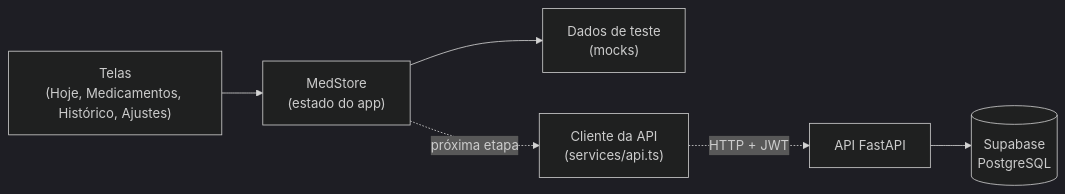
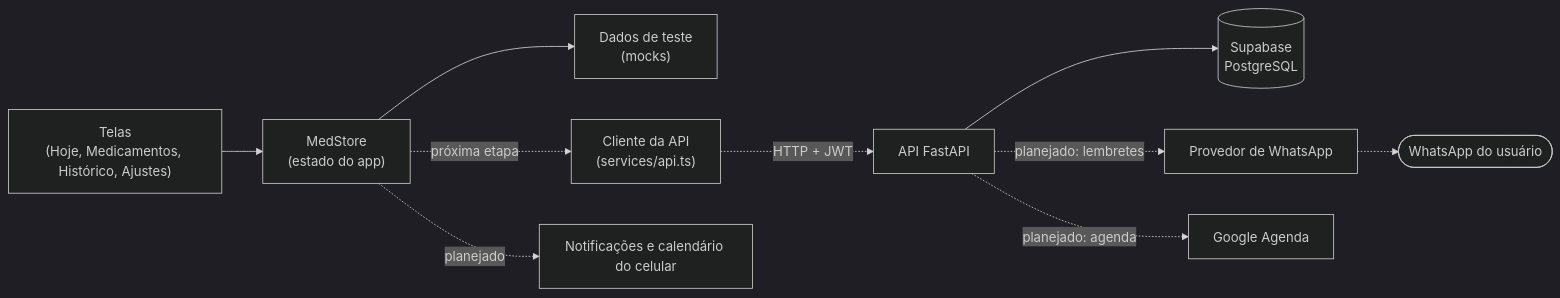
One commit to amandaadb/Projeto-Saude-em-dia- changed the first of 10 diagrams in docs/diagramas.md. Above: the diagram before and after it, drawn with Mermaid (dark theme). The commit also changed other lines of this file, not shown here.

Commit message:
docs(diagrams): adiciona diagramas de arquitetura, fluxos e ERD do MedControl

````diff
--- a/docs/diagramas.md
+++ b/docs/diagramas.md
@@ -11,8 +11,12 @@
 ```mermaid
 flowchart LR
     T["Telas<br/>(Hoje, Medicamentos, Histórico, Ajustes)"] --> S["MedStore<br/>(estado do app)"]
     S --> M["Dados de teste<br/>(mocks)"]
     S -.->|"próxima etapa"| C["Cliente da API<br/>(services/api.ts)"]
     C -.->|"HTTP + JWT"| B["API FastAPI"]
     B --> D[("Supabase<br/>PostgreSQL")]
+    B -.->|"planejado: lembretes"| W["Provedor de WhatsApp"]
+    W -.-> U(["WhatsApp do usuário"])
+    B -.->|"planejado: agenda"| G["Google Agenda"]
+    S -.->|"planejado"| N["Notificações e calendário do celular"]
 ```
````
